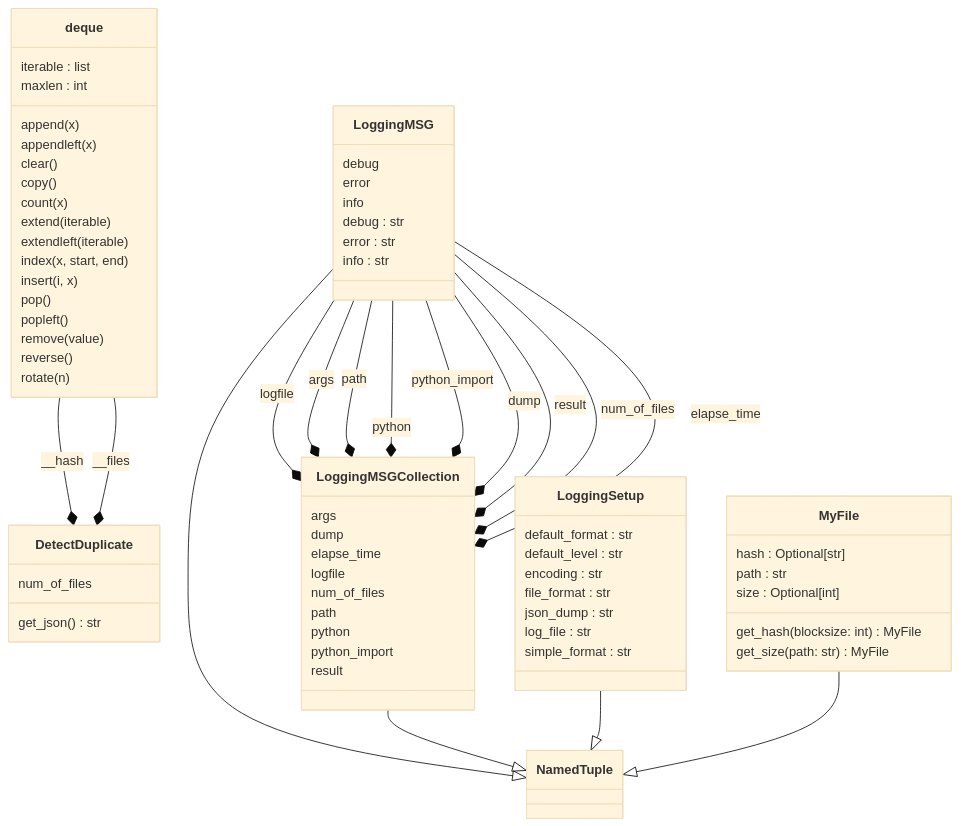
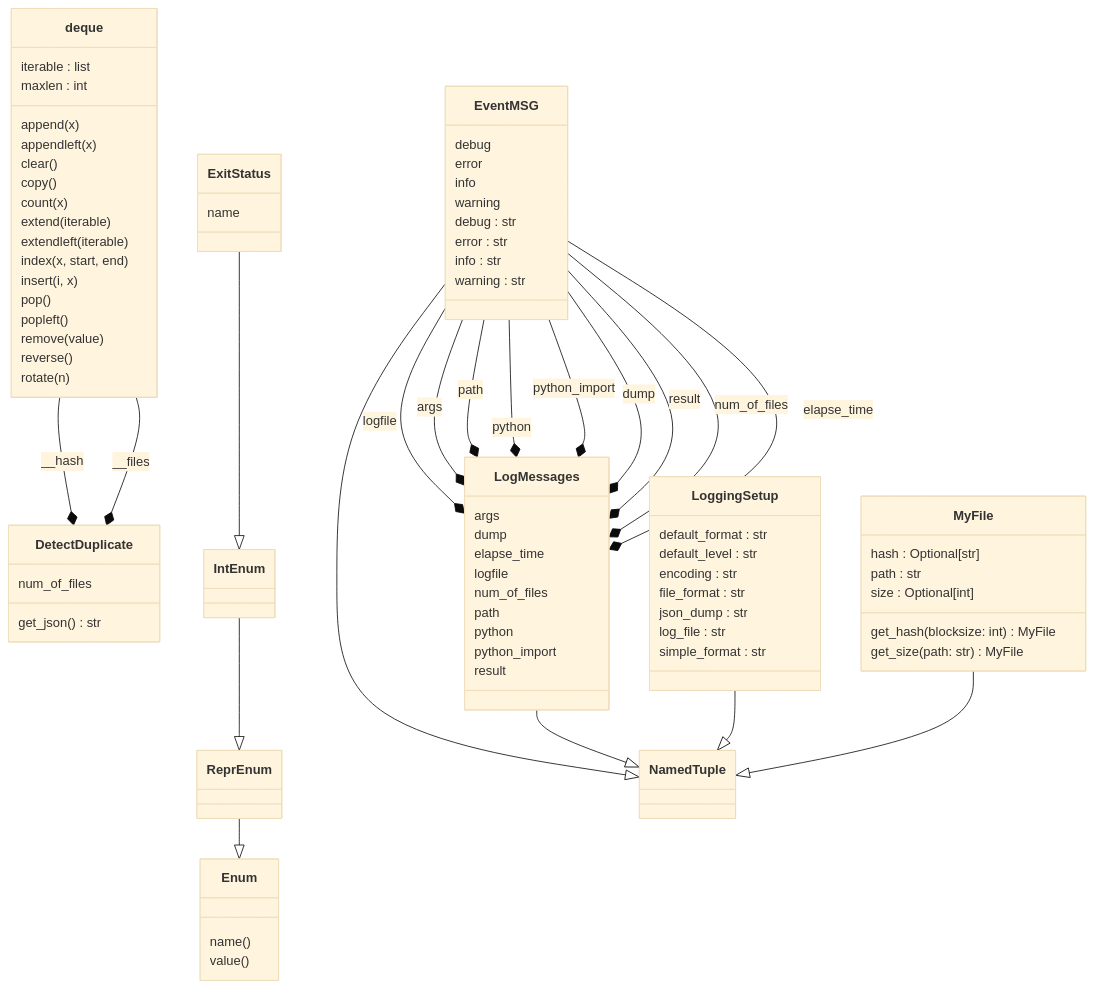
The diagram in README.md (francois-le-ko4la/duplicate-file-finder), drawn with Mermaid (base theme) before and after one commit. The commit also changed 2 other files, not shown here.

Commit message:
improve doc and minor update

````diff
--- a/README.md
+++ b/README.md
@@ -103,9 +103,10 @@
 ```mermaid
 classDiagram
-  class LoggingMSG {
+  class EventMSG {
     debug
     error
     info
+    warning
   }
   class deque {
     iterable : list
@@ -129,12 +130,16 @@
     num_of_files
     get_json() str
   }
-  class LoggingMSG {
+  class EventMSG {
     debug : str
     error : str
     info : str
+    warning : str
   }
-  class LoggingMSGCollection {
+  class ExitStatus {
+    name
+  }
+  class LogMessages {
     args
     dump
     elapse_time
@@ -161,21 +166,32 @@
     get_hash(blocksize: int) MyFile
     get_size(path: str) MyFile
   }
+  class Enum {
+    name()
+    value()
+  }
+  class IntEnum {
+  }
+  class ReprEnum {
+  }
   class NamedTuple {
   }
-  LoggingMSG --|> NamedTuple
-  LoggingMSGCollection --|> NamedTuple
+  EventMSG --|> NamedTuple
+  ExitStatus --|> IntEnum
+  LogMessages --|> NamedTuple
   LoggingSetup --|> NamedTuple
   MyFile --|> NamedTuple
-  LoggingMSG --* LoggingMSGCollection : logfile
-  LoggingMSG --* LoggingMSGCollection : args
-  LoggingMSG --* LoggingMSGCollection : path
-  LoggingMSG --* LoggingMSGCollection : python
-  LoggingMSG --* LoggingMSGCollection : python_import
-  LoggingMSG --* LoggingMSGCollection : dump
-  LoggingMSG --* LoggingMSGCollection : result
-  LoggingMSG --* LoggingMSGCollection : num_of_files
-  LoggingMSG --* LoggingMSGCollection : elapse_time
+  IntEnum --|> ReprEnum
+  ReprEnum --|> Enum
+  EventMSG --* LogMessages : logfile
+  EventMSG --* LogMessages : args
+  EventMSG --* LogMessages : path
+  EventMSG --* LogMessages : python
+  EventMSG --* LogMessages : python_import
+  EventMSG --* LogMessages : dump
+  EventMSG --* LogMessages : result
+  EventMSG --* LogMessages : num_of_files
+  EventMSG --* LogMessages : elapse_time
   deque --* DetectDuplicate : __hash
   deque --* DetectDuplicate : __files
 ```
````
